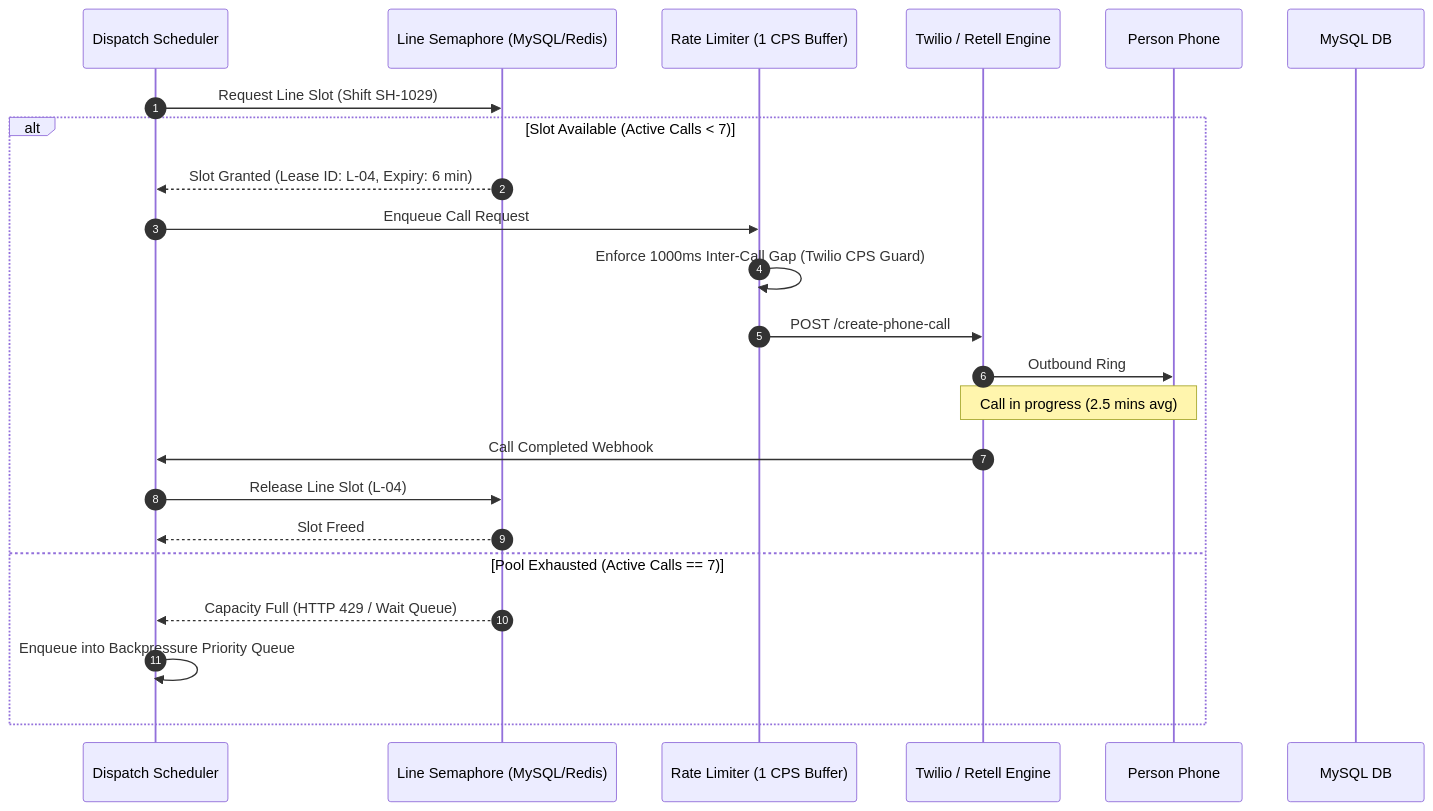
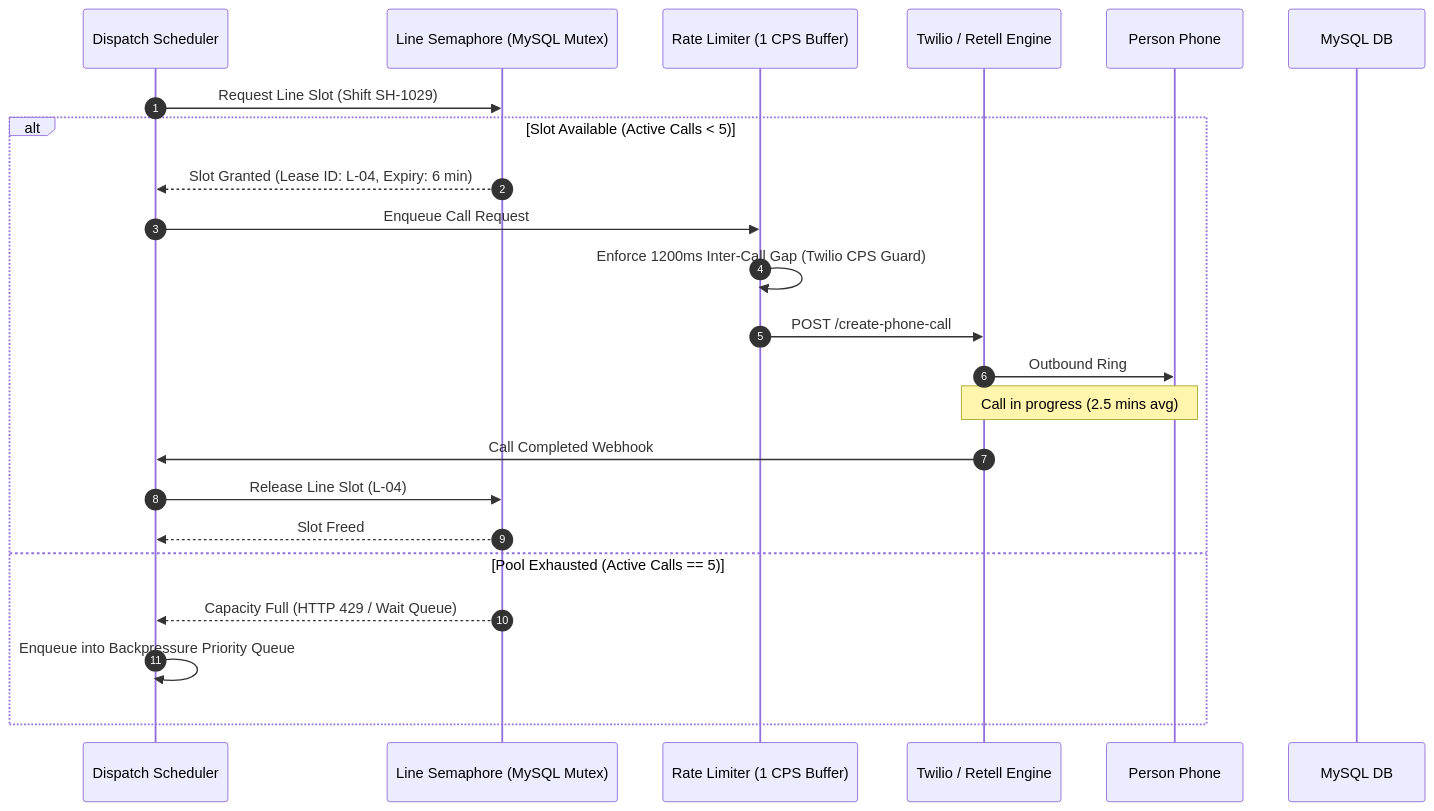
Before and after one commit to SidhuManbirSingh/Automated-Dispatch: the second of 3 diagrams in docs/01_system_architecture.md, drawn with Mermaid. The commit also changed other lines of this file and 3 other files, not shown here.

Commit message:
docs: update architecture and specs for Guardteck Security and 5-line BC toll-free pool

````diff
--- a/docs/01_system_architecture.md
+++ b/docs/01_system_architecture.md
@@ -111,26 +111,26 @@
 ```mermaid
 sequenceDiagram
     autonumber
     participant S as Dispatch Scheduler
-    participant L as Line Semaphore (MySQL/Redis)
+    participant L as Line Semaphore (MySQL Mutex)
     participant R as Rate Limiter (1 CPS Buffer)
     participant T as Twilio / Retell Engine
     participant D as Person Phone
     participant DB as MySQL DB
 
     S->>L: Request Line Slot (Shift SH-1029)
-    alt Slot Available (Active Calls < 7)
+    alt Slot Available (Active Calls < 5)
         L-->>S: Slot Granted (Lease ID: L-04, Expiry: 6 min)
         S->>R: Enqueue Call Request
-        R->>R: Enforce 1000ms Inter-Call Gap (Twilio CPS Guard)
+        R->>R: Enforce 1200ms Inter-Call Gap (Twilio CPS Guard)
         R->>T: POST /create-phone-call
         T->>D: Outbound Ring
         Note over T,D: Call in progress (2.5 mins avg)
         T->>S: Call Completed Webhook
         S->>L: Release Line Slot (L-04)
         L-->>S: Slot Freed
-    else Pool Exhausted (Active Calls == 7)
+    else Pool Exhausted (Active Calls == 5)
         L-->>S: Capacity Full (HTTP 429 / Wait Queue)
         S->>S: Enqueue into Backpressure Priority Queue
     end
 ```
````
